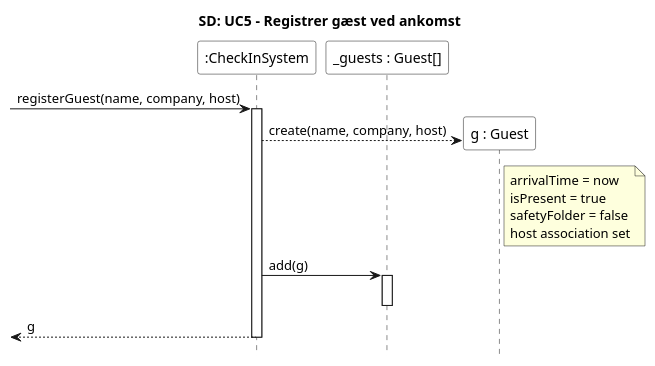
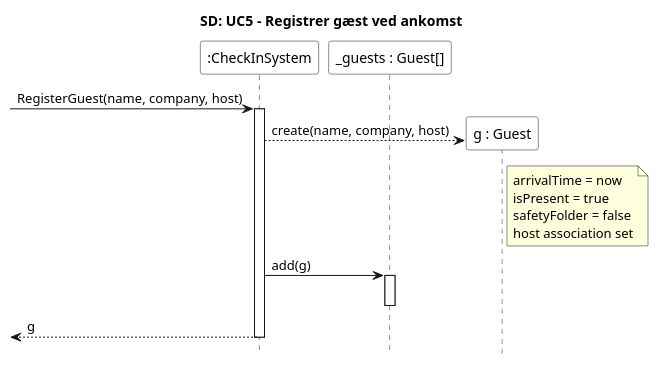
The diagram in Artifacts/SekvensDiagram_Usecase5.puml (albla20/HydacTeamA4), drawn with PlantUML before and after one commit. The commit also changed 6 other files, not shown here.

```diff
--- a/Artifacts/SekvensDiagram_Usecase5.puml
+++ b/Artifacts/SekvensDiagram_Usecase5.puml
@@ -1,30 +1,30 @@
 @startuml SekvensDiagram_Usecase5
 title SD: UC5 - Registrer gæst ved ankomst
 
 hide footbox
 skinparam sequenceMessageAlign left
 
 participant ":CheckInSystem" as sys #White
 participant "_guests : Guest[]" as guests #White
 
-[-> sys : registerGuest(name, company, host)
+[-> sys : RegisterGuest(name, company, host)
 activate sys
 
 create participant "g : Guest" as g #White
 sys --> g : create(name, company, host)
 note right of g
   arrivalTime = now
   isPresent = true
   safetyFolder = false
   host association set
 end note
 
 
 sys -> guests : add(g)
 activate guests
 deactivate guests
 
 [<-- sys : g
 deactivate sys
 
 @enduml
```
